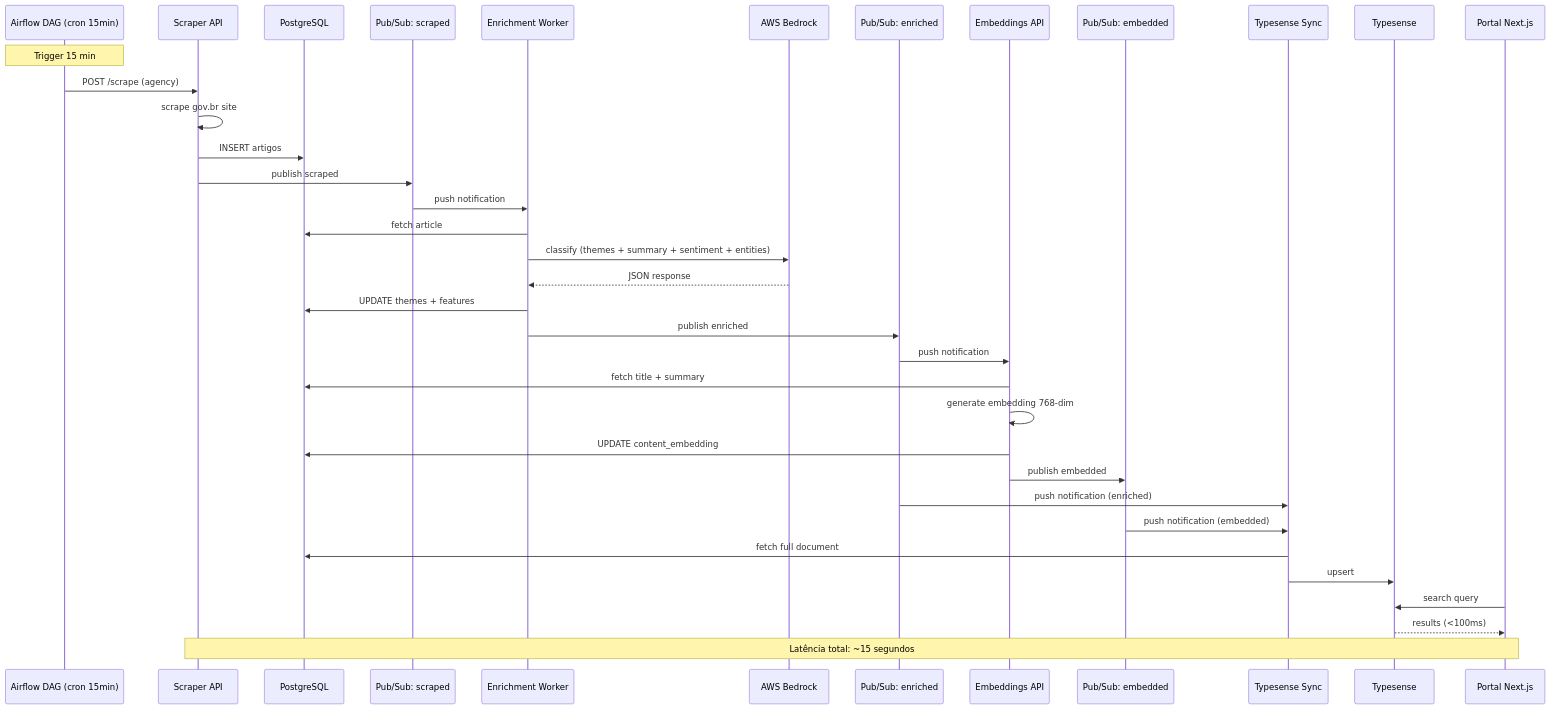
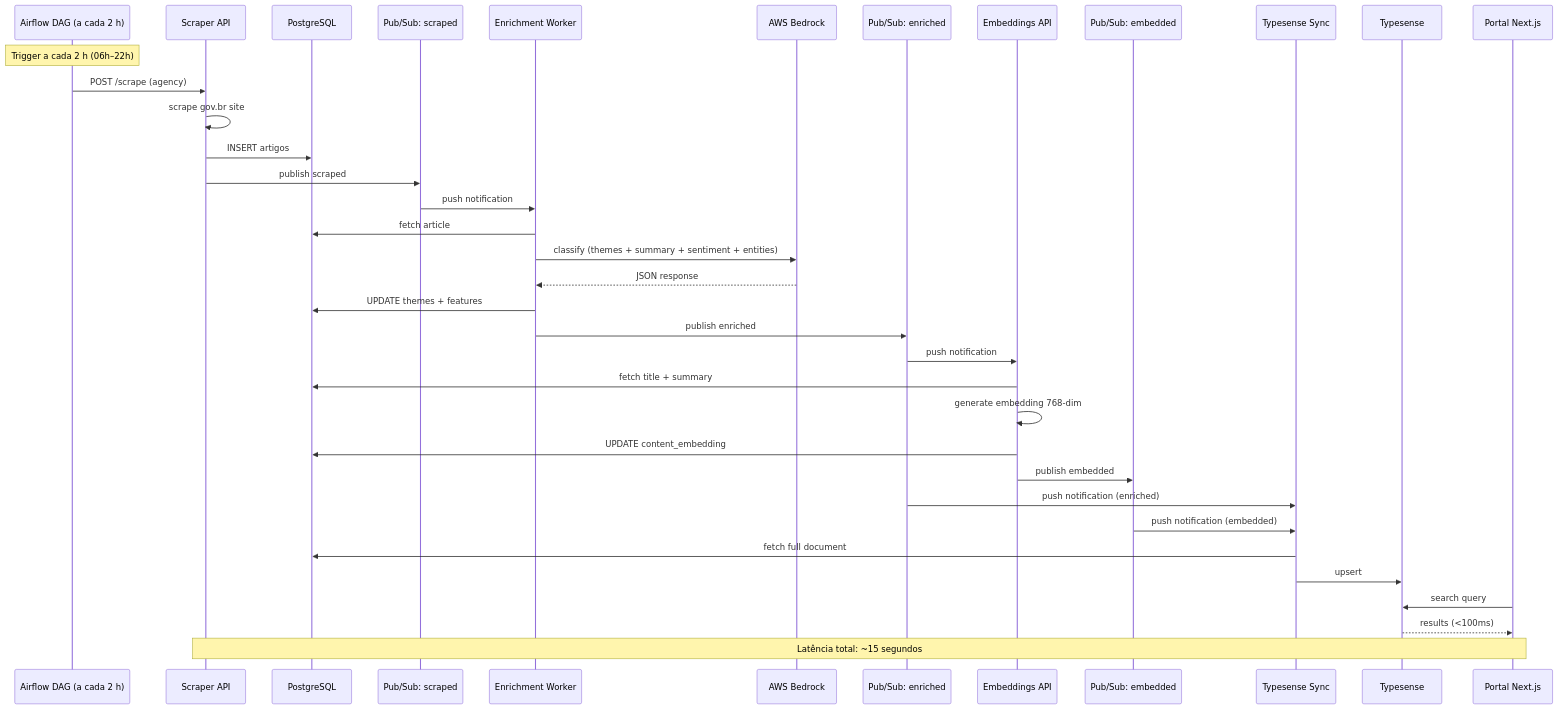
Before and after one commit to destaquesgovbr/docs: the third of 4 diagrams in docs/arquitetura/visao-geral.md, drawn with Mermaid. The commit also changed other lines of this file and 8 other files, not shown here.

First line of the commit message:
docs: orquestração no Airflow próprio da VM e scraping numa DAG a cada 2 h (#57)

````diff
--- a/docs/arquitetura/visao-geral.md
+++ b/docs/arquitetura/visao-geral.md
@@ -352,45 +352,45 @@
 ```mermaid
 sequenceDiagram
-    participant Airflow as Airflow DAG (cron 15min)
+    participant Airflow as Airflow DAG (a cada 2 h)
     participant Scraper as Scraper API
     participant PG as PostgreSQL
     participant PS1 as Pub/Sub: scraped
     participant EW as Enrichment Worker
     participant Bedrock as AWS Bedrock
     participant PS2 as Pub/Sub: enriched
     participant EAPI as Embeddings API
     participant PS3 as Pub/Sub: embedded
     participant TSW as Typesense Sync
     participant TS as Typesense
     participant Portal as Portal Next.js
 
-    Note over Airflow: Trigger 15 min
+    Note over Airflow: Trigger a cada 2 h (06h–22h)
 
     Airflow->>Scraper: POST /scrape (agency)
     Scraper->>Scraper: scrape gov.br site
     Scraper->>PG: INSERT artigos
     Scraper->>PS1: publish scraped
 
     PS1->>EW: push notification
     EW->>PG: fetch article
     EW->>Bedrock: classify (themes + summary + sentiment + entities)
     Bedrock-->>EW: JSON response
     EW->>PG: UPDATE themes + features
     EW->>PS2: publish enriched
 
     PS2->>EAPI: push notification
     EAPI->>PG: fetch title + summary
     EAPI->>EAPI: generate embedding 768-dim
     EAPI->>PG: UPDATE content_embedding
     EAPI->>PS3: publish embedded
 
     PS2->>TSW: push notification (enriched)
     PS3->>TSW: push notification (embedded)
     TSW->>PG: fetch full document
     TSW->>TS: upsert
 
     Portal->>TS: search query
     TS-->>Portal: results (<100ms)
 
     Note over Scraper,Portal: Latência total: ~15 segundos
 ```
````
